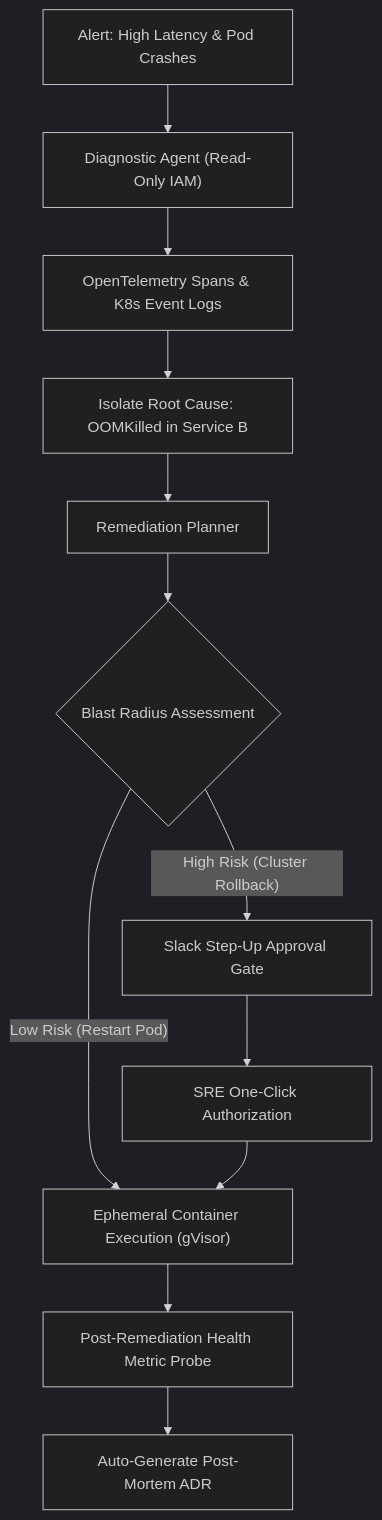
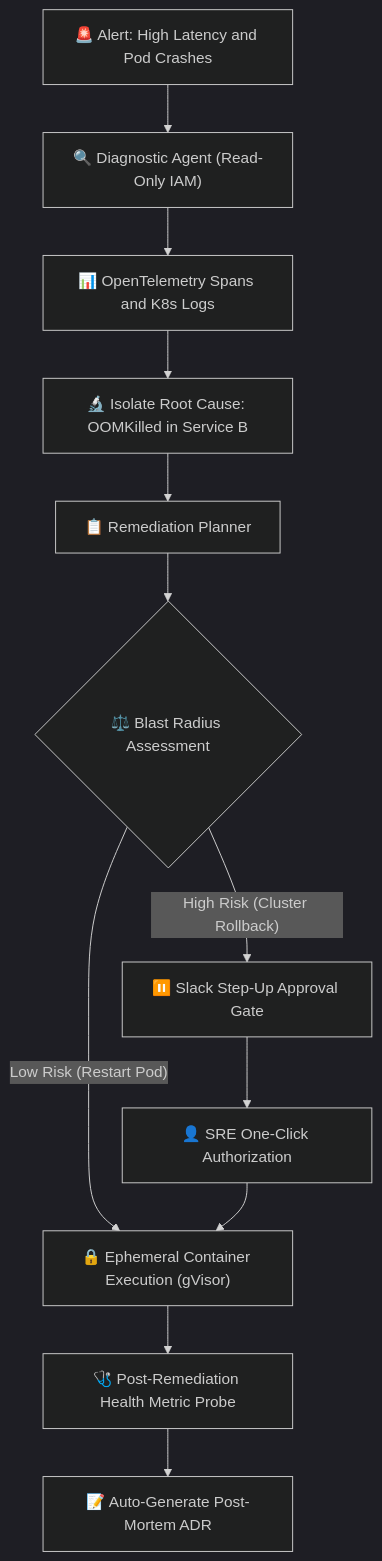
The third of 11 diagrams in architecture/enterprise-ai-system-designs.md (dip4k/senior-engineer-to-ai-engineer-roadmap), drawn with Mermaid (dark theme) before and after one commit. The commit also changed other lines of this file and 94 other files, not shown here.

Commit message:
refactor(curriculum): complete Phase 04 upgrade and enforce diagram renderer invariants

````diff
--- a/architecture/enterprise-ai-system-designs.md
+++ b/architecture/enterprise-ai-system-designs.md
@@ -138,19 +138,19 @@
 ```mermaid
 flowchart TD
-    Alert["Alert: High Latency & Pod Crashes"] --> DiagAgent["Diagnostic Agent (Read-Only IAM)"]
+    Alert["🚨 Alert: High Latency and Pod Crashes"] --> DiagAgent["🔍 Diagnostic Agent (Read-Only IAM)"]
     
-    DiagAgent --> Telemetry["OpenTelemetry Spans & K8s Event Logs"]
-    Telemetry --> RCA["Isolate Root Cause: OOMKilled in Service B"]
+    DiagAgent --> Telemetry["📊 OpenTelemetry Spans and K8s Logs"]
+    Telemetry --> RCA["🔬 Isolate Root Cause: OOMKilled in Service B"]
     
-    RCA --> PlanAgent["Remediation Planner"]
-    PlanAgent --> SafeCheck{"Blast Radius Assessment"}
+    RCA --> PlanAgent["📋 Remediation Planner"]
+    PlanAgent --> SafeCheck{"⚖️ Blast Radius Assessment"}
     
-    SafeCheck -- "Low Risk (Restart Pod)" --> Sandbox["Ephemeral Container Execution (gVisor)"]
-    SafeCheck -- "High Risk (Cluster Rollback)" --> HITL["Slack Step-Up Approval Gate"]
+    SafeCheck -- "Low Risk (Restart Pod)" --> Sandbox["🔒 Ephemeral Container Execution (gVisor)"]
+    SafeCheck -- "High Risk (Cluster Rollback)" --> HITL["⏸️ Slack Step-Up Approval Gate"]
     
-    HITL --> OnCallSRE["SRE One-Click Authorization"]
+    HITL --> OnCallSRE["👤 SRE One-Click Authorization"]
     OnCallSRE --> Sandbox
     
-    Sandbox --> Verify["Post-Remediation Health Metric Probe"]
-    Verify --> PostMortem["Auto-Generate Post-Mortem ADR"]
+    Sandbox --> Verify["🩺 Post-Remediation Health Metric Probe"]
+    Verify --> PostMortem["📝 Auto-Generate Post-Mortem ADR"]
 ```
````
